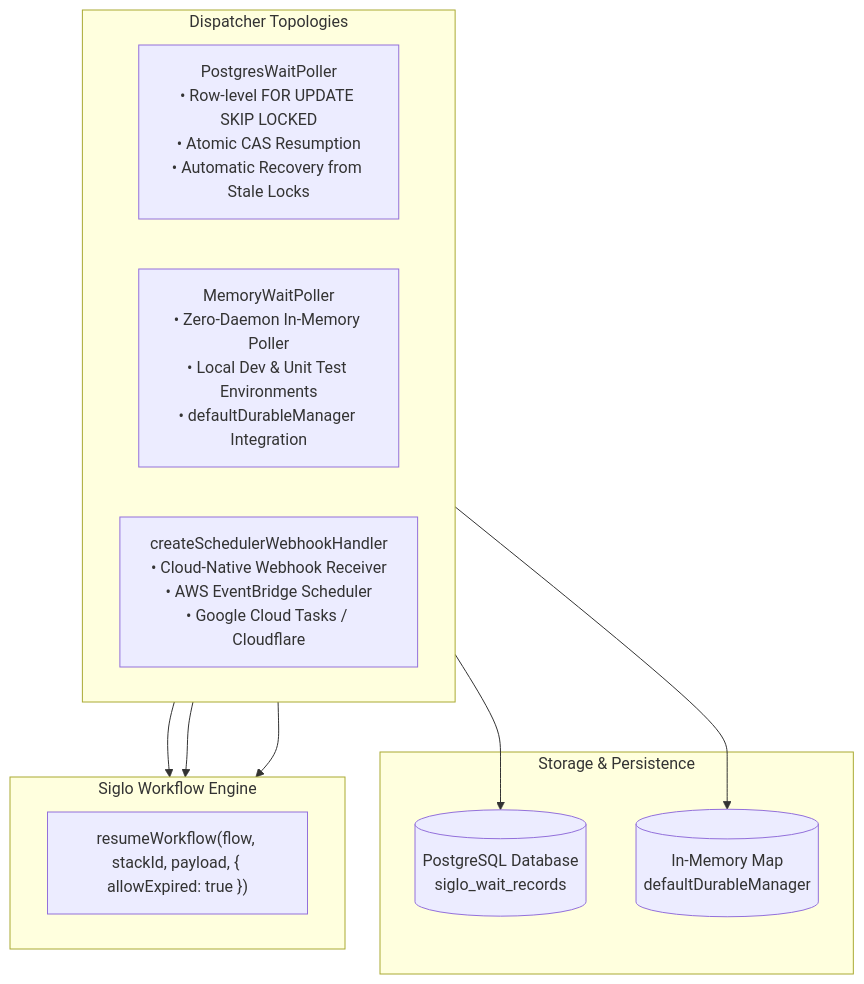
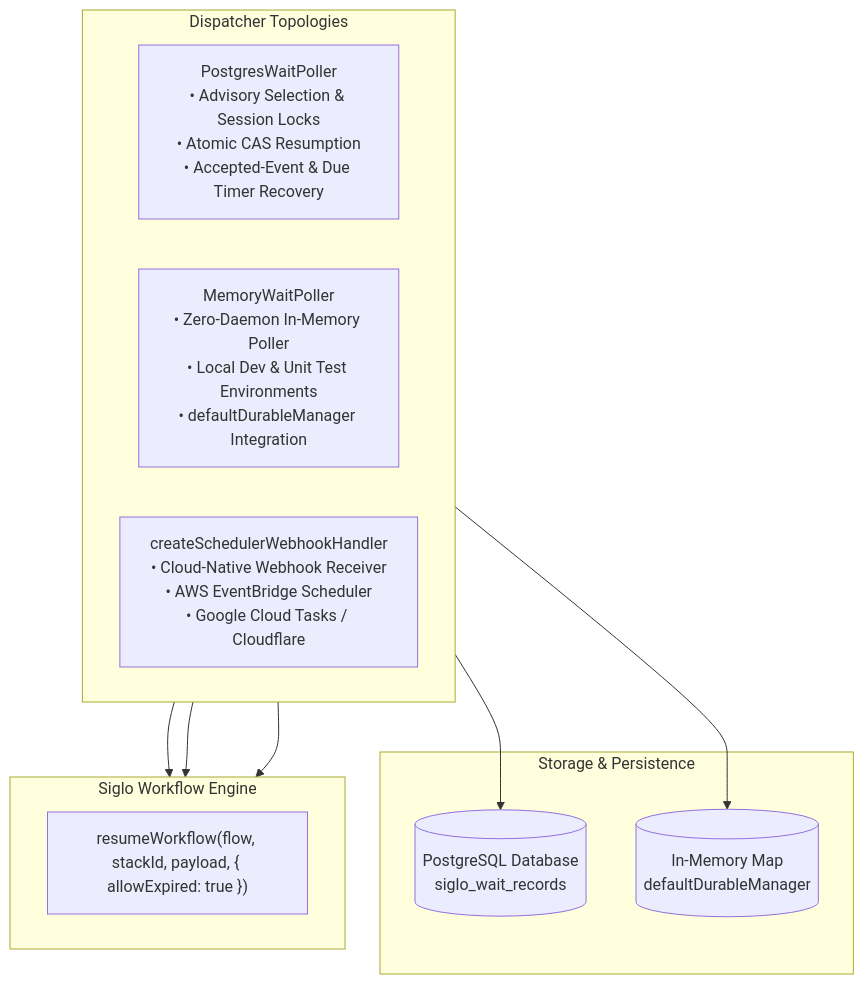
One commit to jsoftgem/siglo changed the diagram in docs/adapters/scheduler.md. Above: the diagram before and after it, drawn with Mermaid. The commit also changed other lines of this file and 53 other files, not shown here.

````diff
--- a/docs/adapters/scheduler.md
+++ b/docs/adapters/scheduler.md
@@ -13,24 +13,24 @@
 ```mermaid
 flowchart TD
     subgraph Schedulers["Dispatcher Topologies"]
         direction LR
-        P1["PostgresWaitPoller<br/>• Row-level FOR UPDATE SKIP LOCKED<br/>• Atomic CAS Resumption<br/>• Automatic Recovery from Stale Locks"]
+        P1["PostgresWaitPoller<br/>• Advisory Selection & Session Locks<br/>• Atomic CAS Resumption<br/>• Accepted-Event & Due Timer Recovery"]
         P2["MemoryWaitPoller<br/>• Zero-Daemon In-Memory Poller<br/>• Local Dev & Unit Test Environments<br/>• defaultDurableManager Integration"]
         P3["createSchedulerWebhookHandler<br/>• Cloud-Native Webhook Receiver<br/>• AWS EventBridge Scheduler<br/>• Google Cloud Tasks / Cloudflare"]
     end
 
     subgraph Store["Storage & Persistence"]
         DB[("PostgreSQL Database<br/>siglo_wait_records")]
         Mem[("In-Memory Map<br/>defaultDurableManager")]
     end
 
     subgraph Core["Siglo Workflow Engine"]
         Resume["resumeWorkflow(flow, stackId, payload, { allowExpired: true })"]
     end
 
     P1 --> DB
     P2 --> Mem
     P3 --> Core
     P1 --> Core
     P2 --> Core
 ```
````
